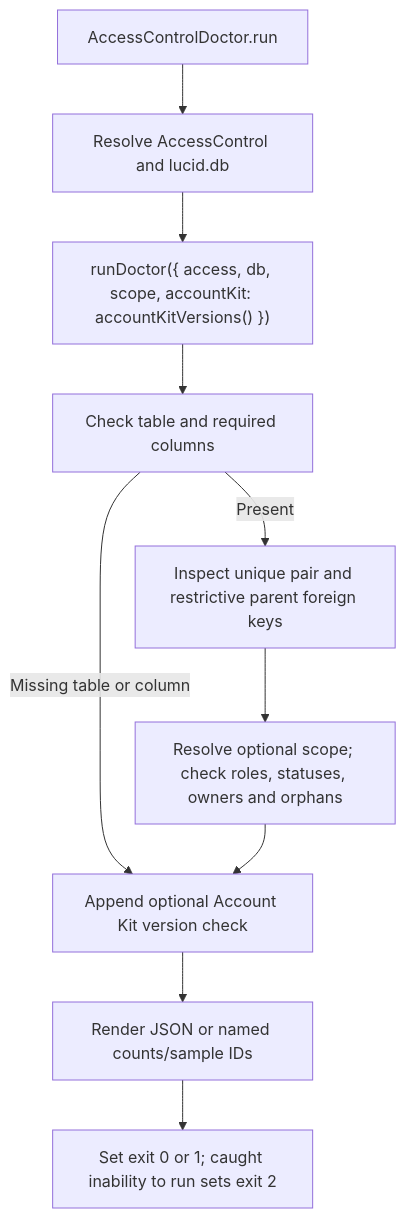
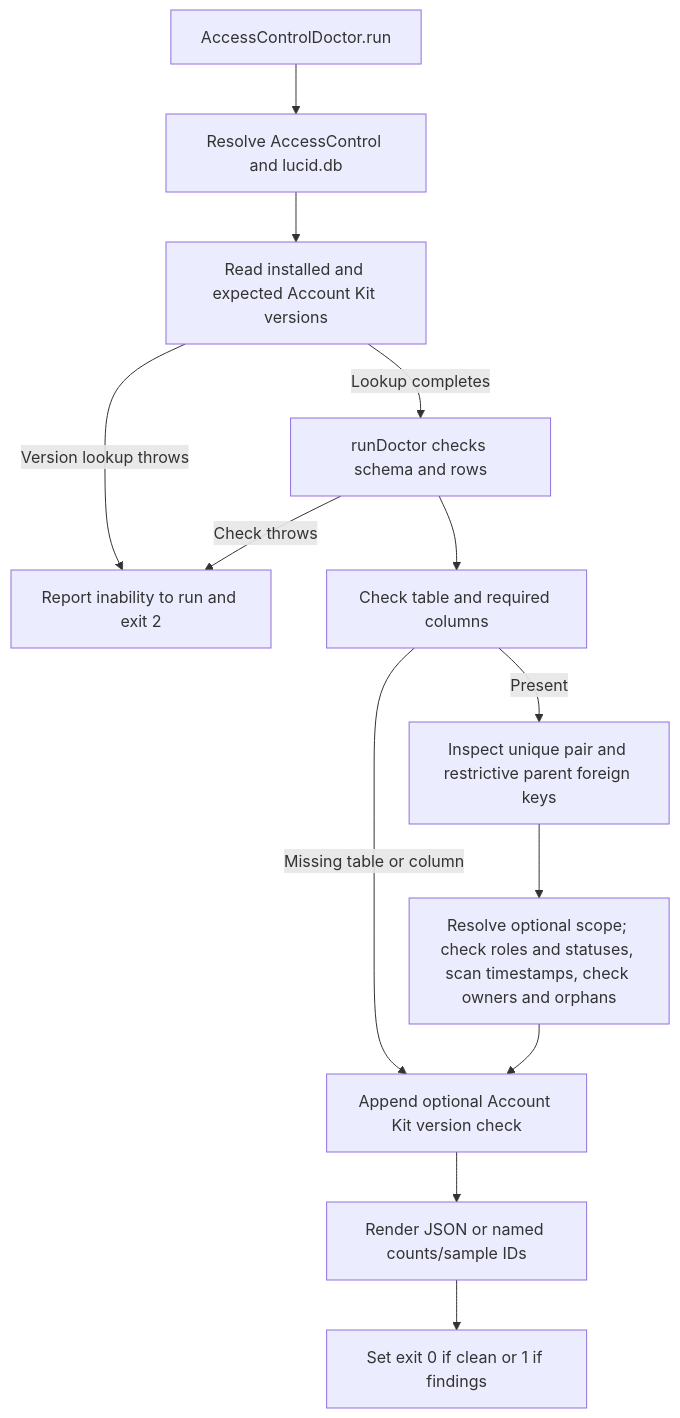
The second of 2 diagrams in user-stories/US-ACCESS-22-diagnose-installation.md (Kevinjohn/oss-adonisjs-access-control), drawn with Mermaid before and after one commit. The commit also changed other lines of this file and 25 other files, not shown here.

````diff
--- a/user-stories/US-ACCESS-22-diagnose-installation.md
+++ b/user-stories/US-ACCESS-22-diagnose-installation.md
@@ -38,12 +38,15 @@
 ```mermaid
 flowchart TD
     A["AccessControlDoctor.run"] --> B["Resolve AccessControl and lucid.db"]
-    B --> C["runDoctor({ access, db, scope, accountKit: accountKitVersions() })"]
-    C --> D["Check table and required columns"]
+    B --> C["Read installed and expected Account Kit versions"]
+    C -->|Version lookup throws| X["Report inability to run and exit 2"]
+    C -->|Lookup completes| R["runDoctor checks schema and rows"]
+    R --> D["Check table and required columns"]
+    R -->|Check throws| X
     D -->|Missing table or column| F["Append optional Account Kit version check"]
     D -->|Present| I["Inspect unique pair and restrictive parent foreign keys"]
-    I --> E["Resolve optional scope; check roles, statuses, owners and orphans"]
+    I --> E["Resolve optional scope; check roles and statuses, scan timestamps, check owners and orphans"]
     E --> F
     F --> G["Render JSON or named counts/sample IDs"]
-    G --> H["Set exit 0 or 1; caught inability to run sets exit 2"]
+    G --> H["Set exit 0 if clean or 1 if findings"]
 ```
````
